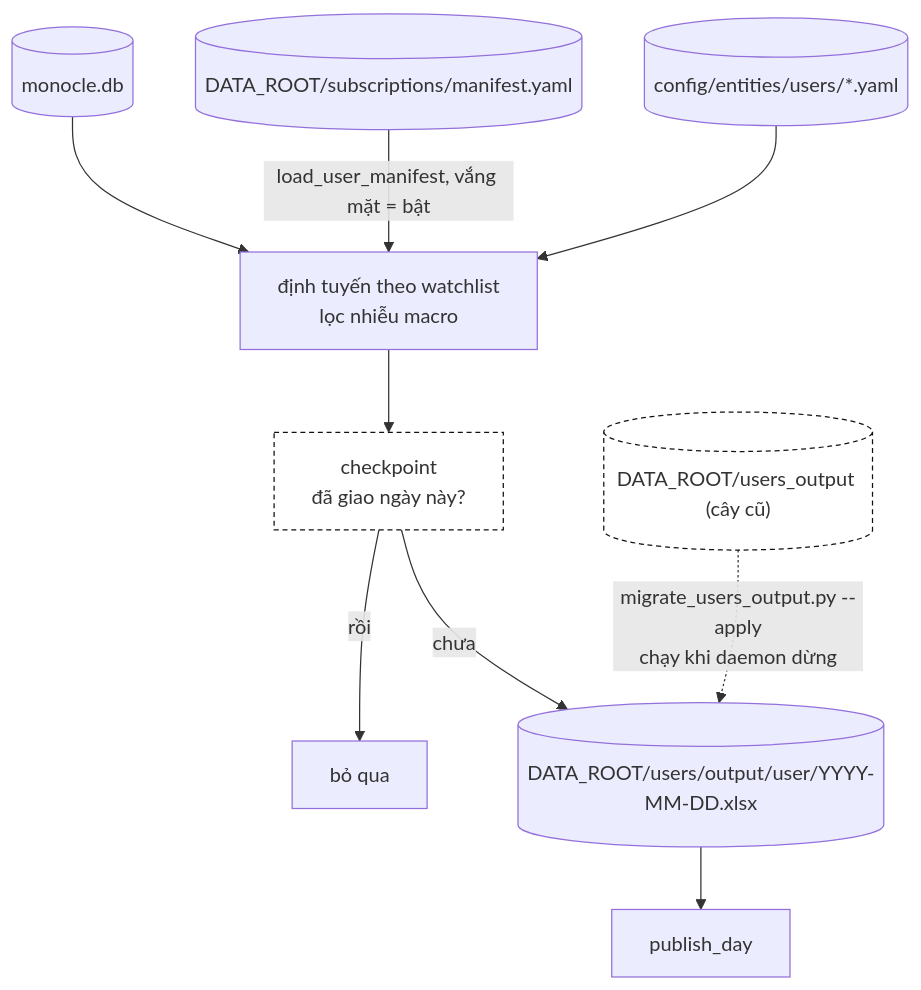
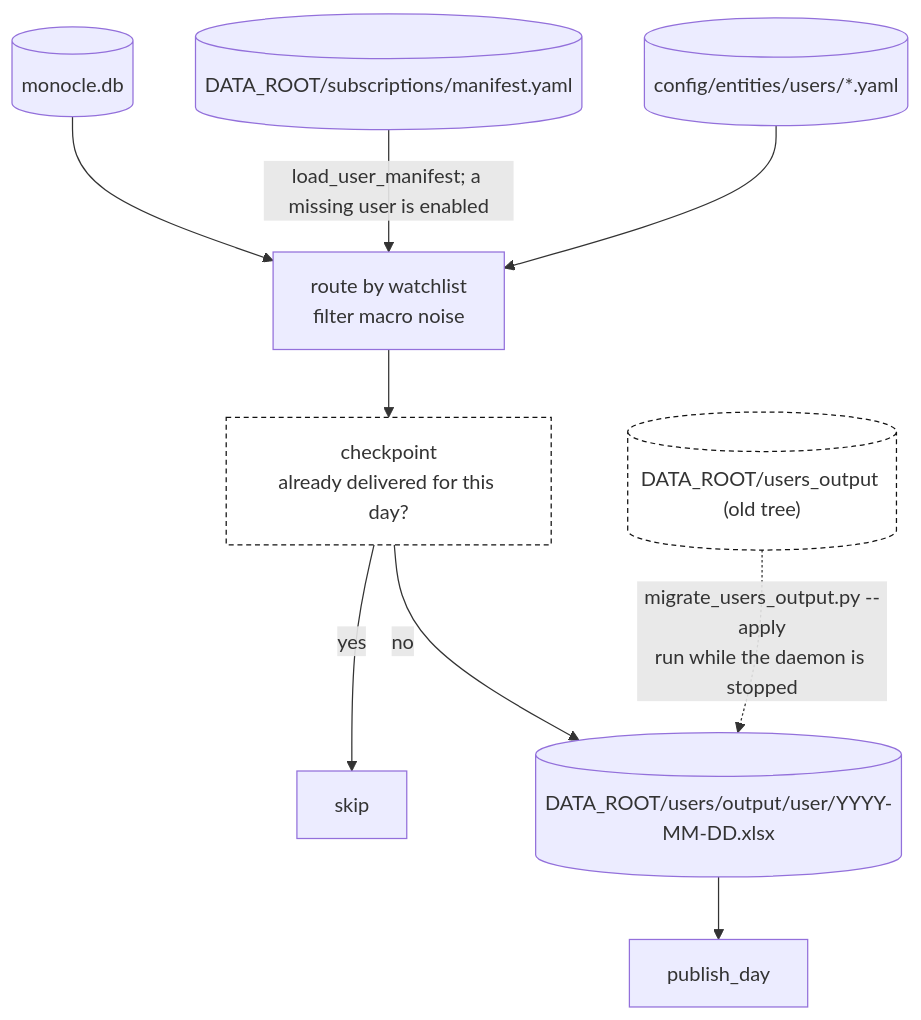
Before and after one commit to Tuanan172-py/fts-news-scape: the diagram in project/docs/diagrams/24-flow-delivery.mmd, drawn with Mermaid. The commit also changed 33 other files, not shown here.

Commit message:
feat: standardize offline workflow diagrams to English, add skills council proposal and wave automation scripts (US-048)

```diff
--- a/project/docs/diagrams/24-flow-delivery.mmd
+++ b/project/docs/diagrams/24-flow-delivery.mmd
@@ -1,15 +1,15 @@
-%% title: Giao Excel theo người và cây users/output
-%% desc: Định tuyến, checkpoint chống gửi trùng và bước di chuyển cây cũ.
+%% title: Excel delivery per person and the users/output tree
+%% desc: Routing, the checkpoint against duplicate delivery, and the move from the old tree.
 flowchart TB
-  DB[("monocle.db")] --> R["định tuyến theo watchlist<br/>lọc nhiễu macro"]
-  MF[("DATA_ROOT/subscriptions/manifest.yaml")] -->|"load_user_manifest, vắng mặt = bật"| R
+  DB[("monocle.db")] --> R["route by watchlist<br/>filter macro noise"]
+  MF[("DATA_ROOT/subscriptions/manifest.yaml")] -->|"load_user_manifest; a missing user is enabled"| R
   WL[("config/entities/users/*.yaml")] --> R
-  R --> CK["checkpoint<br/>đã giao ngày này?"]
-  CK -->|"rồi"| SK["bỏ qua"]
-  CK -->|"chưa"| XL[("DATA_ROOT/users/output/user/YYYY-MM-DD.xlsx")]
-  OLD[("DATA_ROOT/users_output (cây cũ)")] -.->|"migrate_users_output.py --apply<br/>chạy khi daemon dừng"| XL
+  R --> CK["checkpoint<br/>already delivered for this day?"]
+  CK -->|"yes"| SK["skip"]
+  CK -->|"no"| XL[("DATA_ROOT/users/output/user/YYYY-MM-DD.xlsx")]
+  OLD[("DATA_ROOT/users_output (old tree)")] -.->|"migrate_users_output.py --apply<br/>run while the daemon is stopped"| XL
   XL --> PB["publish_day"]
   classDef pending fill:#ffffff,stroke:#111111,stroke-dasharray:4 3
   class OLD pending
   classDef gate fill:#ffffff,stroke:#111111,stroke-dasharray:4 3
   class CK gate
```
